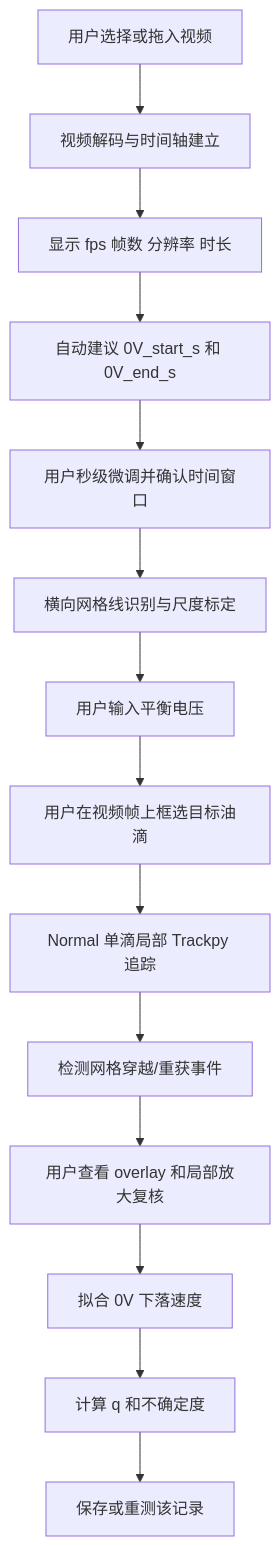
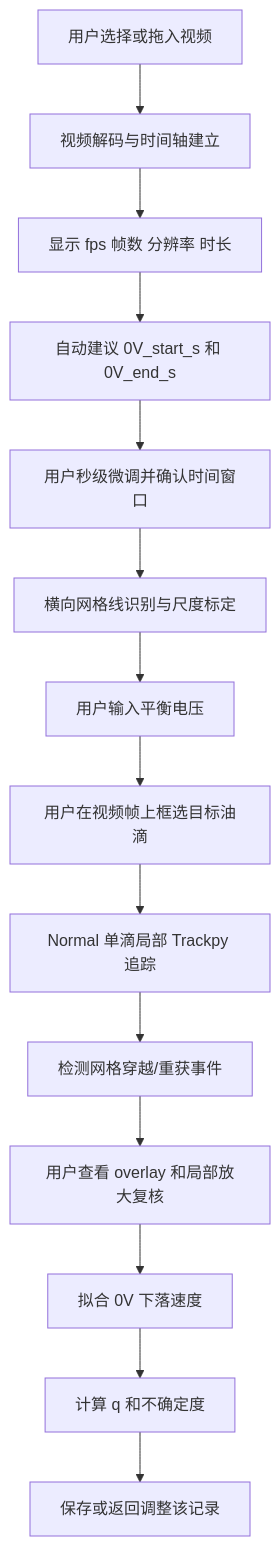
The diagram in docs/视频处理_一颗油滴轨迹提取.md (teddyli18000/AiForMillikan), drawn with Mermaid before and after one commit. The commit also changed other lines of this file and 15 other files, not shown here.

````diff
--- a/docs/视频处理_一颗油滴轨迹提取.md
+++ b/docs/视频处理_一颗油滴轨迹提取.md
@@ -126,16 +126,16 @@
 ```mermaid
 flowchart TD
     A[用户选择或拖入视频] --> B[视频解码与时间轴建立]
     B --> C[显示 fps 帧数 分辨率 时长]
     C --> D[自动建议 0V_start_s 和 0V_end_s]
     D --> E[用户秒级微调并确认时间窗口]
     E --> F[横向网格线识别与尺度标定]
     F --> G[用户输入平衡电压]
     G --> H[用户在视频帧上框选目标油滴]
     H --> I[Normal 单滴局部 Trackpy 追踪]
     I --> J[检测网格穿越/重获事件]
     J --> K[用户查看 overlay 和局部放大复核]
     K --> L[拟合 0V 下落速度]
     L --> M[计算 q 和不确定度]
-    M --> N[保存或重测该记录]
+    M --> N[保存或返回调整该记录]
 ```
````
